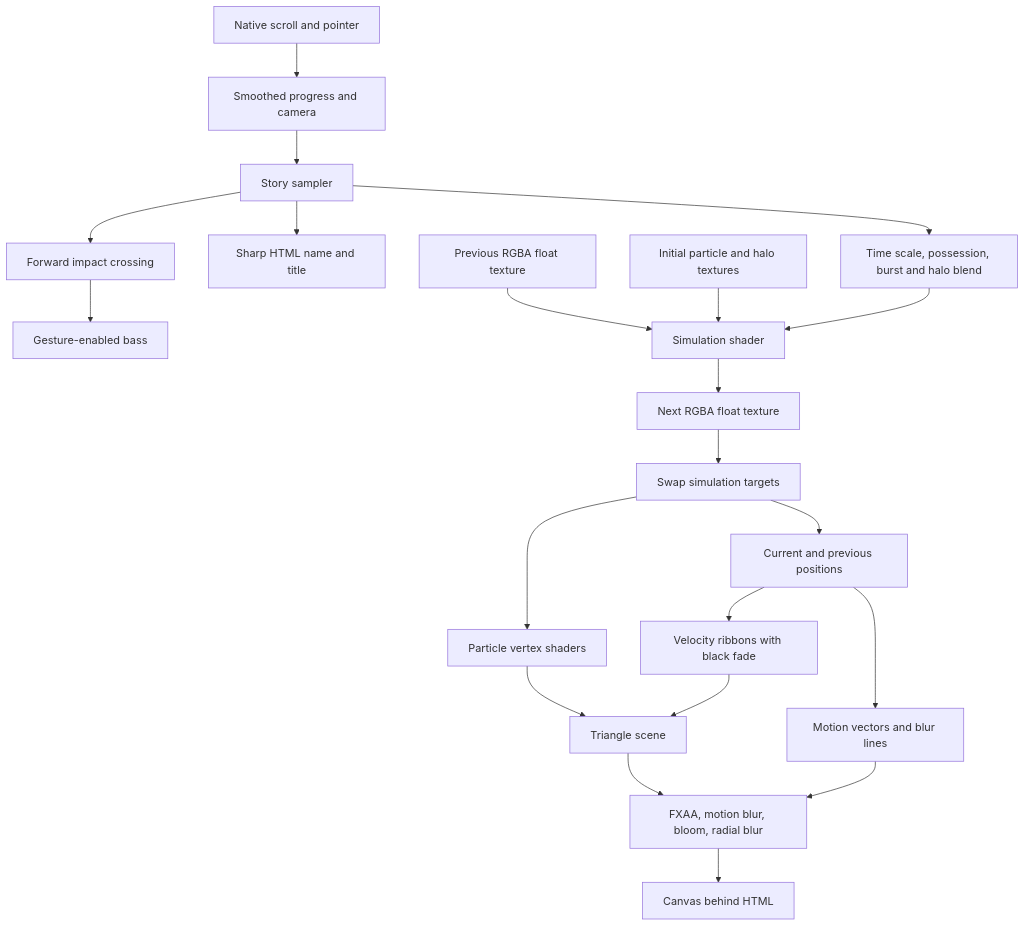
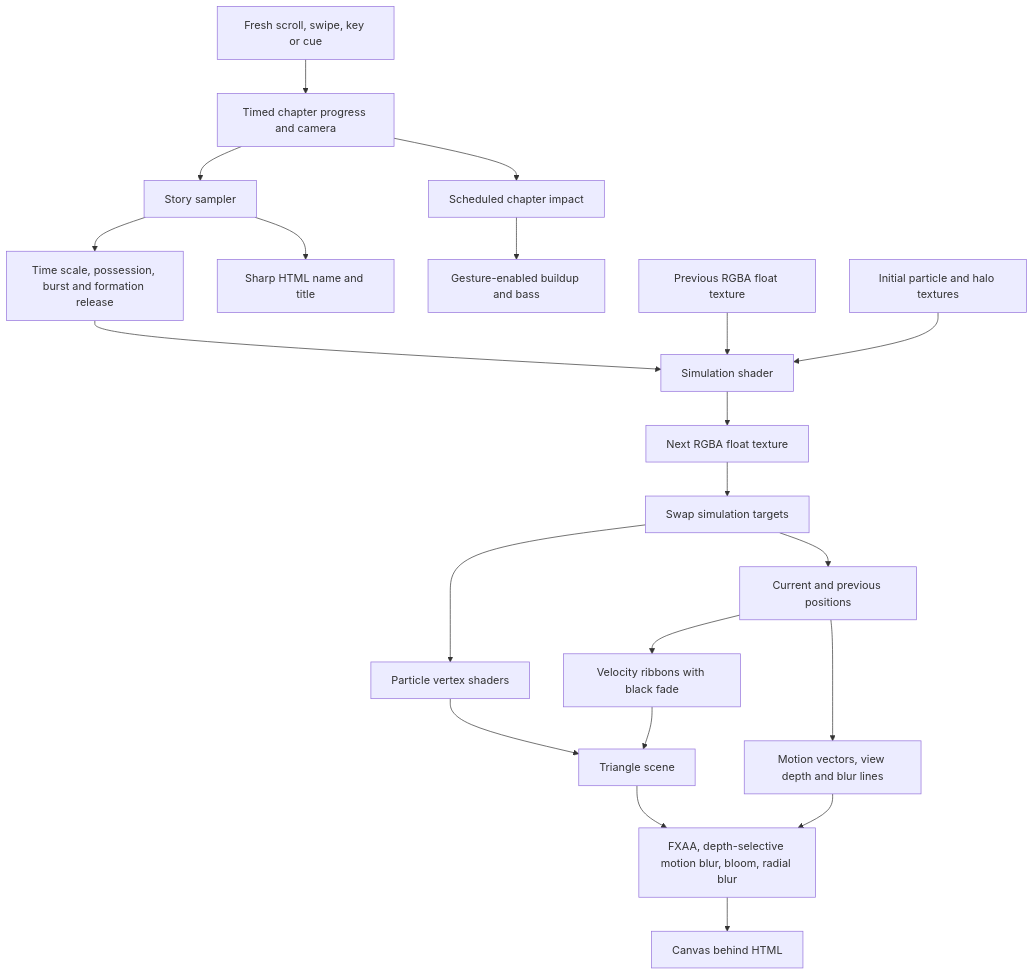
One commit to MirhazarKhan/darkmatter changed the diagram in docs/SPIRIT_ENGINE.md. Above: the diagram before and after it, drawn with Mermaid. The commit also changed other lines of this file and 61 other files, not shown here.

````diff
--- a/docs/SPIRIT_ENGINE.md
+++ b/docs/SPIRIT_ENGINE.md
@@ -96,23 +144,23 @@
 ```mermaid
 flowchart TD
-    A[Native scroll and pointer] --> B[Smoothed progress and camera]
+    A[Fresh scroll, swipe, key or cue] --> B[Timed chapter progress and camera]
     B --> C[Story sampler]
-    C --> D[Time scale, possession, burst and halo blend]
+    C --> D[Time scale, possession, burst and formation release]
     C --> E[Sharp HTML name and title]
-    C --> F[Forward impact crossing]
-    F --> G[Gesture-enabled bass]
+    B --> F[Scheduled chapter impact]
+    F --> G[Gesture-enabled buildup and bass]
     H[Previous RGBA float texture] --> I[Simulation shader]
     J[Initial particle and halo textures] --> I
     D --> I
     I --> K[Next RGBA float texture]
     K --> L[Swap simulation targets]
     L --> M[Particle vertex shaders]
     M --> N[Triangle scene]
     L --> O[Current and previous positions]
     O --> T[Velocity ribbons with black fade]
     T --> N
-    O --> P[Motion vectors and blur lines]
-    N --> Q[FXAA, motion blur, bloom, radial blur]
+    O --> P[Motion vectors, view depth and blur lines]
+    N --> Q[FXAA, depth-selective motion blur, bloom, radial blur]
     P --> Q
     Q --> R[Canvas behind HTML]
 ```
````
